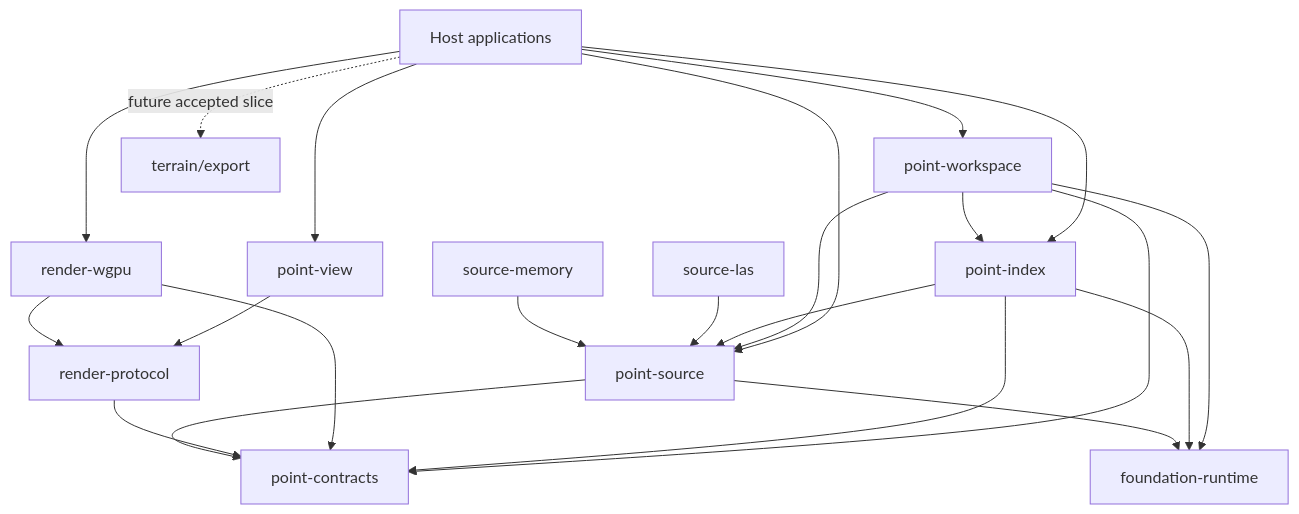
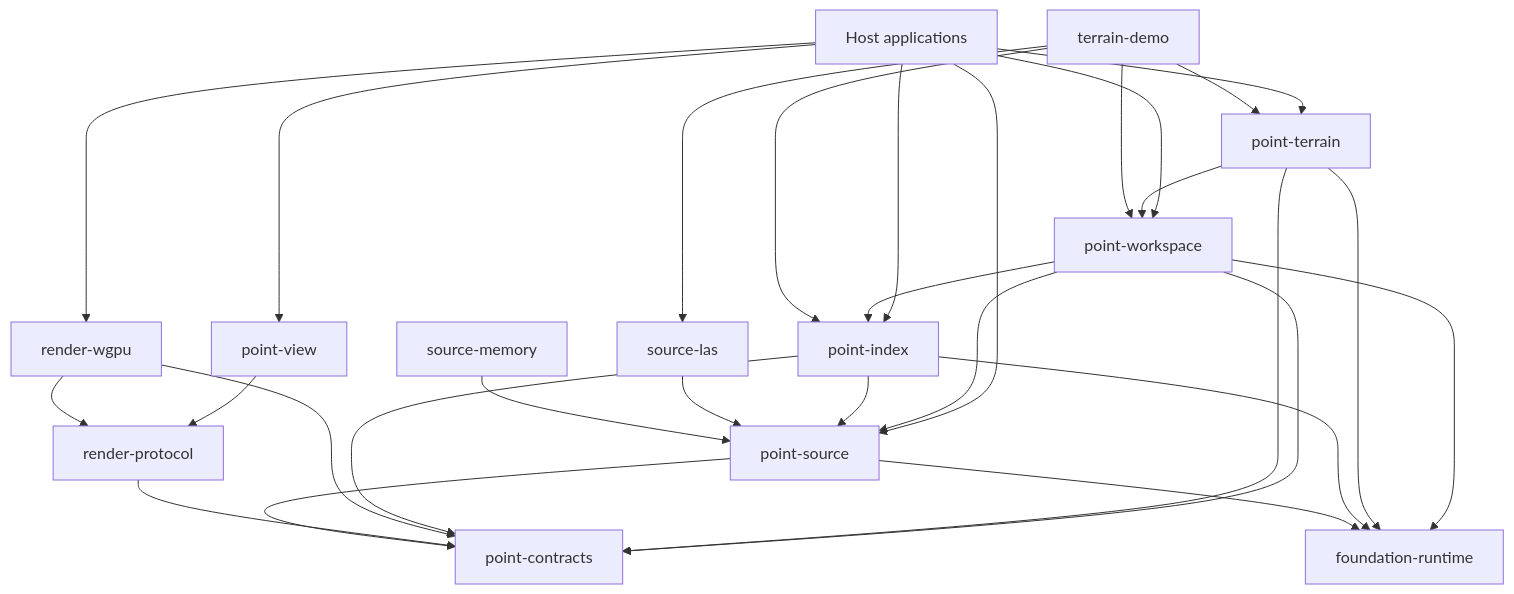
Before and after one commit to xxibcill/punctra: the diagram in docs/architecture/README.md, drawn with Mermaid. The commit also changed other lines of this file and 40 other files, not shown here.

```diff
--- a/docs/architecture/README.md
+++ b/docs/architecture/README.md
@@ -24,29 +26,37 @@
 ~~~mermaid
 flowchart TD
     APP["Host applications"] --> WS["point-workspace"]
+    APP --> TER["point-terrain"]
     APP --> VIEW["point-view"]
     APP --> RW["render-wgpu"]
     APP --> IDX["point-index"]
     APP --> SRC["point-source"]
 
     WS --> IDX
     WS --> SRC
     WS --> CT["point-contracts"]
     WS --> RT["foundation-runtime"]
+
+    TER --> WS
+    TER --> CT
+    TER --> RT
 
     IDX --> SRC
     IDX --> CT
     IDX --> RT
 
     VIEW --> RP["render-protocol"]
     RW --> RP
     RW --> CT
     RP --> CT
 
     SRC --> CT
     SRC --> RT
     LAS["source-las"] --> SRC
     MEM["source-memory"] --> SRC
 
-    APP -. "future accepted slice" .-> TER["terrain/export"]
+    TDEMO["terrain-demo"] --> TER
+    TDEMO --> WS
+    TDEMO --> IDX
+    TDEMO --> LAS
 ~~~
```
